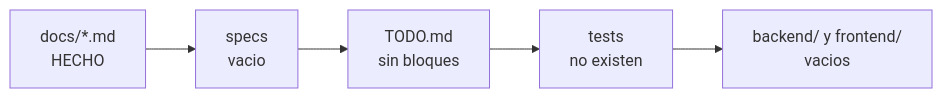
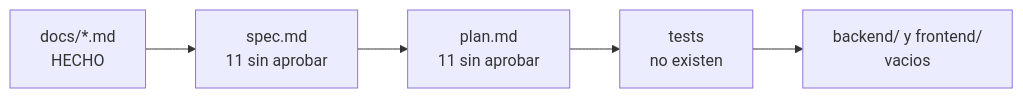
One commit to JNico-rb/story-maker changed diagram 11 of 11 in docs/explanation-architecture.md. Above: the diagram before and after it, drawn with Mermaid. The commit also changed other lines of this file and 36 other files, not shown here.

````diff
--- a/docs/explanation-architecture.md
+++ b/docs/explanation-architecture.md
@@ -306,7 +306,7 @@
 ```mermaid
 graph LR
-    D["docs/*.md<br/>HECHO"] --> S[specs<br/>vacio]
-    S --> P[TODO.md<br/>sin bloques]
+    D["docs/*.md<br/>HECHO"] --> S["spec.md<br/>11 sin aprobar"]
+    S --> P["plan.md<br/>11 sin aprobar"]
     P --> T[tests<br/>no existen]
     T --> C["backend/ y frontend/<br/>vacios"]
 ```
````
